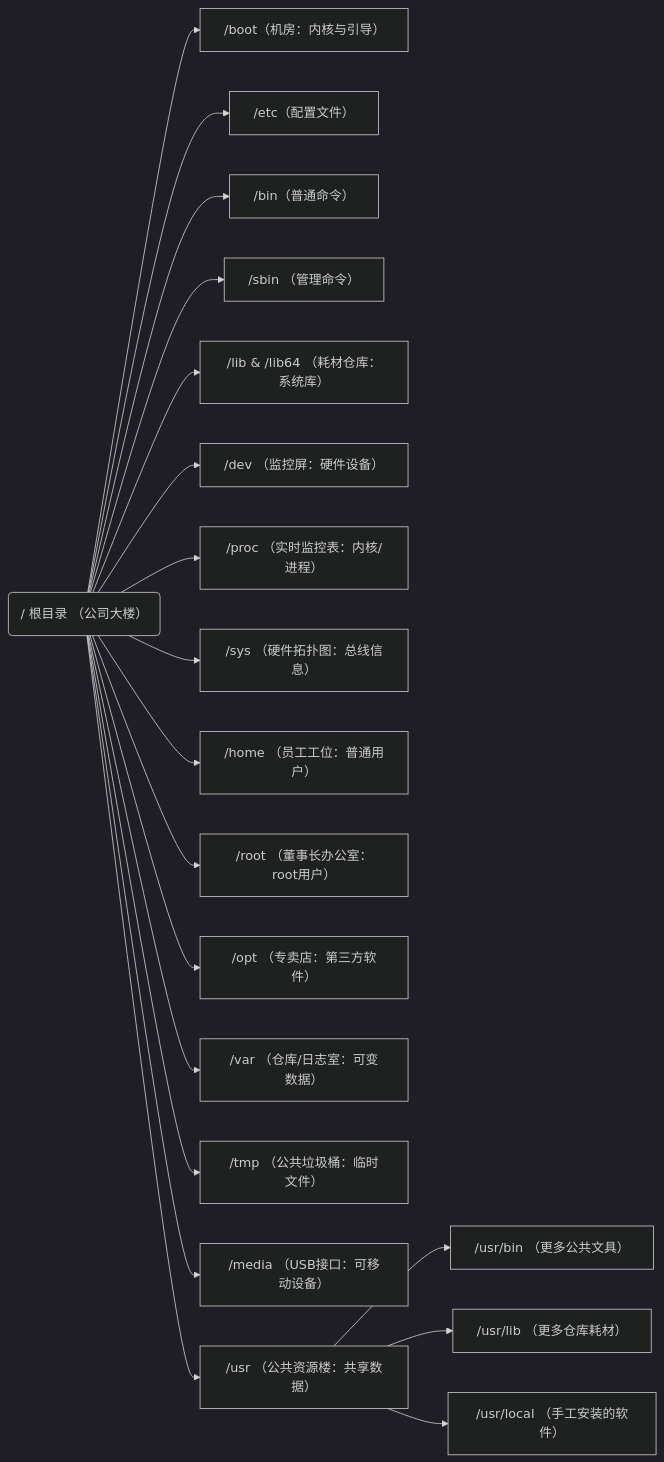
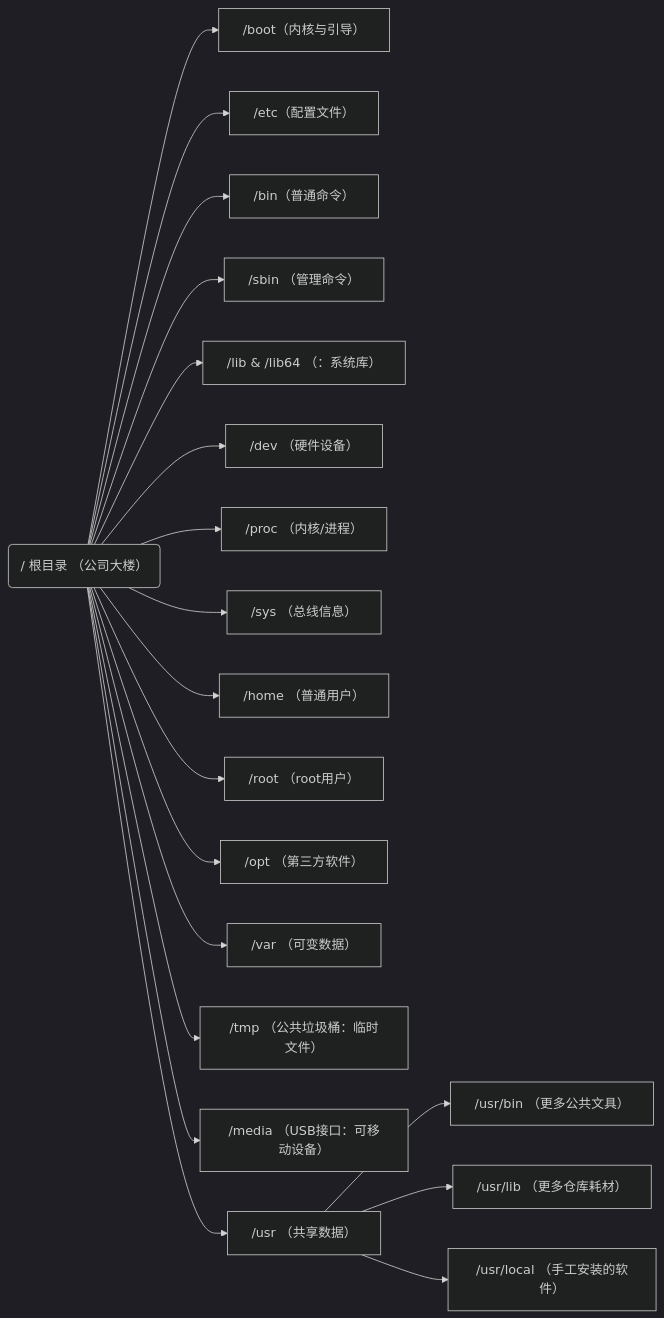
One commit to wanghao0409/ComputerNote changed the diagram in Linux.md. Above: the diagram before and after it, drawn with Mermaid (dark theme). The commit also changed other lines of this file, not shown here.

````diff
--- a/Linux.md
+++ b/Linux.md
@@ -17,22 +126,22 @@
 ```mermaid
 graph LR
-    Root("/ 根目录 （公司大楼）") --> Boot[ /boot（机房：内核与引导）]
+    Root("/ 根目录 （公司大楼）") --> Boot[ /boot（内核与引导）]
     Root --> ETC[ /etc（配置文件） ]
     Root --> BIN[ /bin（普通命令） ]
     Root --> SBIN[ /sbin （管理命令） ]
-    Root --> LIB[ /lib & /lib64 （耗材仓库：系统库） ]
-    Root --> DEV[ /dev （监控屏：硬件设备） ]
-    Root --> PROC[ /proc （实时监控表：内核/进程） ]
-    Root --> SYS[ /sys （硬件拓扑图：总线信息） ]
-    Root --> HOME[ /home （员工工位：普通用户） ]
-    Root --> ROOT_HOME[ /root （董事长办公室：root用户） ]
-    Root --> OPT[ /opt （专卖店：第三方软件） ]
-    Root --> VAR[ /var （仓库/日志室：可变数据） ]
+    Root --> LIB[ /lib & /lib64 （：系统库） ]
+    Root --> DEV[ /dev （硬件设备） ]
+    Root --> PROC[ /proc （内核/进程） ]
+    Root --> SYS[ /sys （总线信息） ]
+    Root --> HOME[ /home （普通用户） ]
+    Root --> ROOT_HOME[ /root （root用户） ]
+    Root --> OPT[ /opt （第三方软件） ]
+    Root --> VAR[ /var （可变数据） ]
     Root --> TMP[ /tmp （公共垃圾桶：临时文件） ]
     Root --> MEDIA[ /media （USB接口：可移动设备） ]
-    Root --> USR[ /usr （公共资源楼：共享数据） ]
+    Root --> USR[ /usr （共享数据） ]
     
     USR --> USR_BIN[ /usr/bin （更多公共文具） ]
     USR --> USR_LIB[ /usr/lib （更多仓库耗材） ]
     USR --> USR_LOCAL[ /usr/local （手工安装的软件） ]
 ```
````
